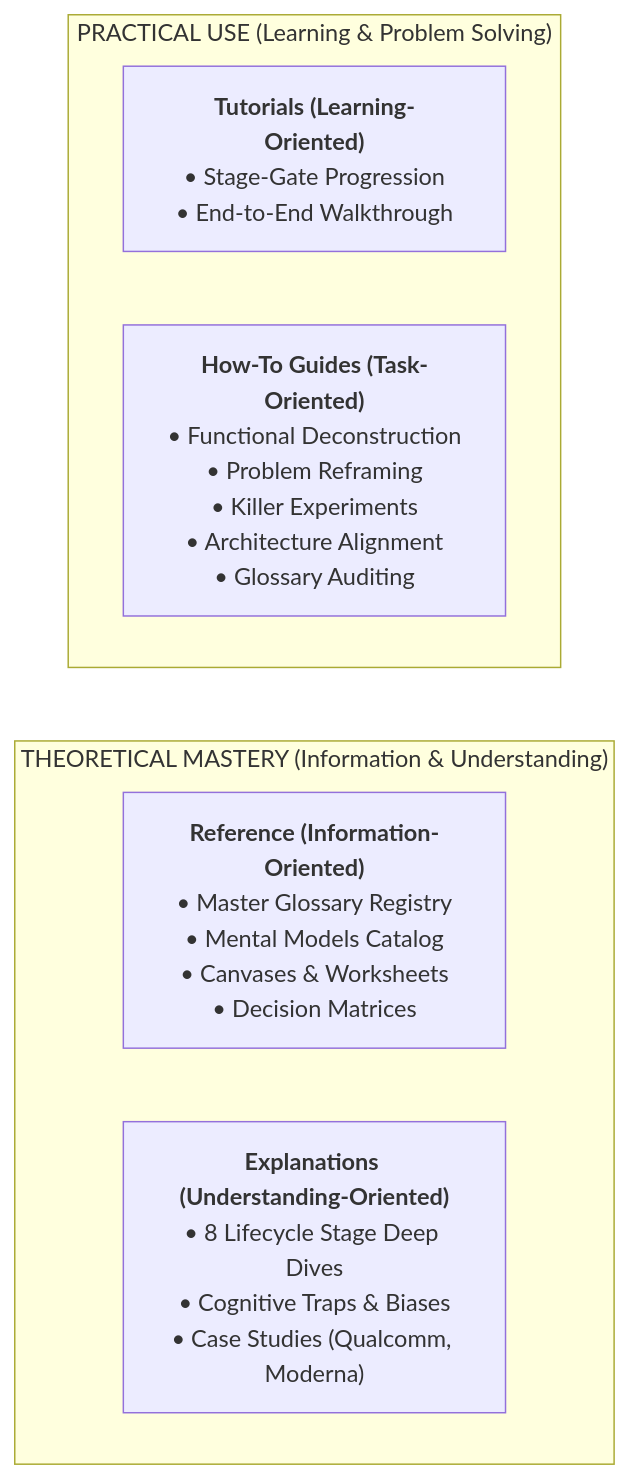
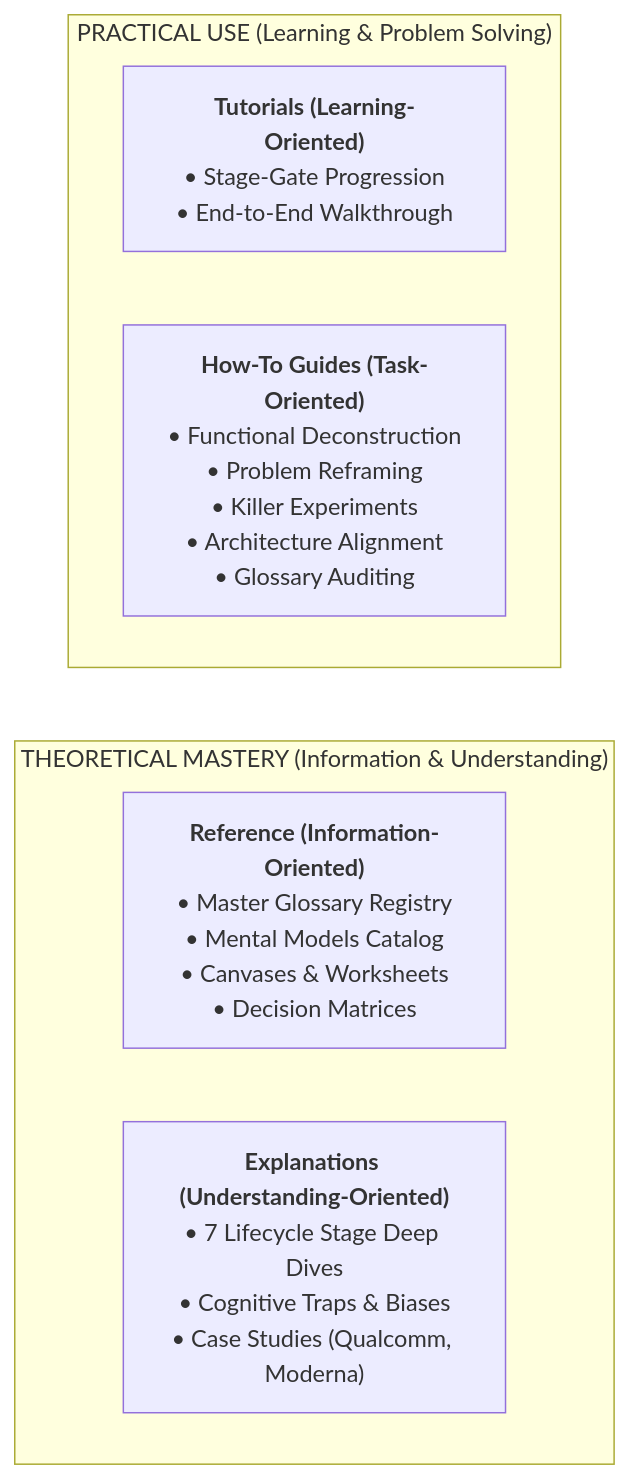
One commit to nghuyenthevinh2000/innovation-research changed the first of 2 diagrams in README.md. Above: the diagram before and after it, drawn with Mermaid. The commit also changed other lines of this file and 19 other files, not shown here.

````diff
--- a/README.md
+++ b/README.md
@@ -24,16 +24,16 @@
 ```mermaid
 flowchart TD
     subgraph Learning["PRACTICAL USE (Learning & Problem Solving)"]
         direction LR
         Tut["<b>Tutorials (Learning-Oriented)</b><br/>• Stage-Gate Progression<br/>• End-to-End Walkthrough"]
         How["<b>How-To Guides (Task-Oriented)</b><br/>• Functional Deconstruction<br/>• Problem Reframing<br/>• Killer Experiments<br/>• Architecture Alignment<br/>• Glossary Auditing"]
     end
 
     subgraph Theoretical["THEORETICAL MASTERY (Information & Understanding)"]
         direction LR
         Ref["<b>Reference (Information-Oriented)</b><br/>• Master Glossary Registry<br/>• Mental Models Catalog<br/>• Canvases & Worksheets<br/>• Decision Matrices"]
-        Exp["<b>Explanations (Understanding-Oriented)</b><br/>• 8 Lifecycle Stage Deep Dives<br/>• Cognitive Traps & Biases<br/>• Case Studies (Qualcomm, Moderna)"]
+        Exp["<b>Explanations (Understanding-Oriented)</b><br/>• 7 Lifecycle Stage Deep Dives<br/>• Cognitive Traps & Biases<br/>• Case Studies (Qualcomm, Moderna)"]
     end
 
     Learning ~~~ Theoretical
 ```
````
